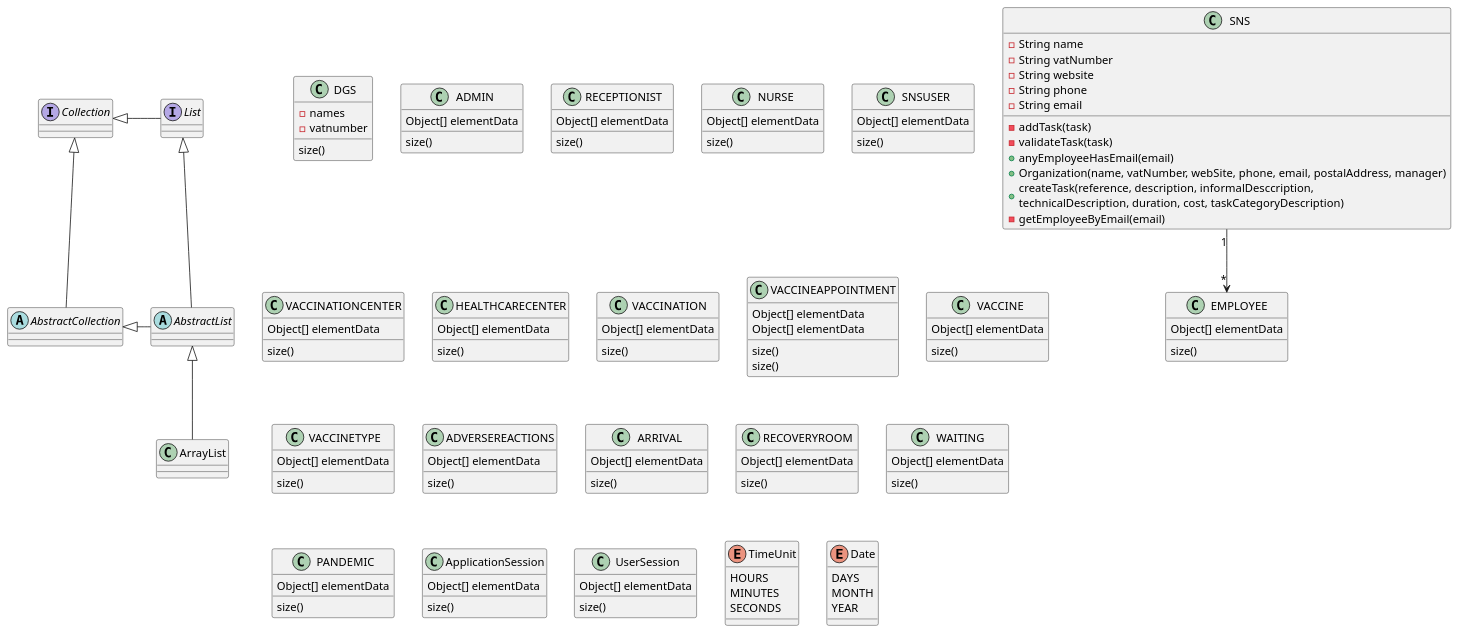
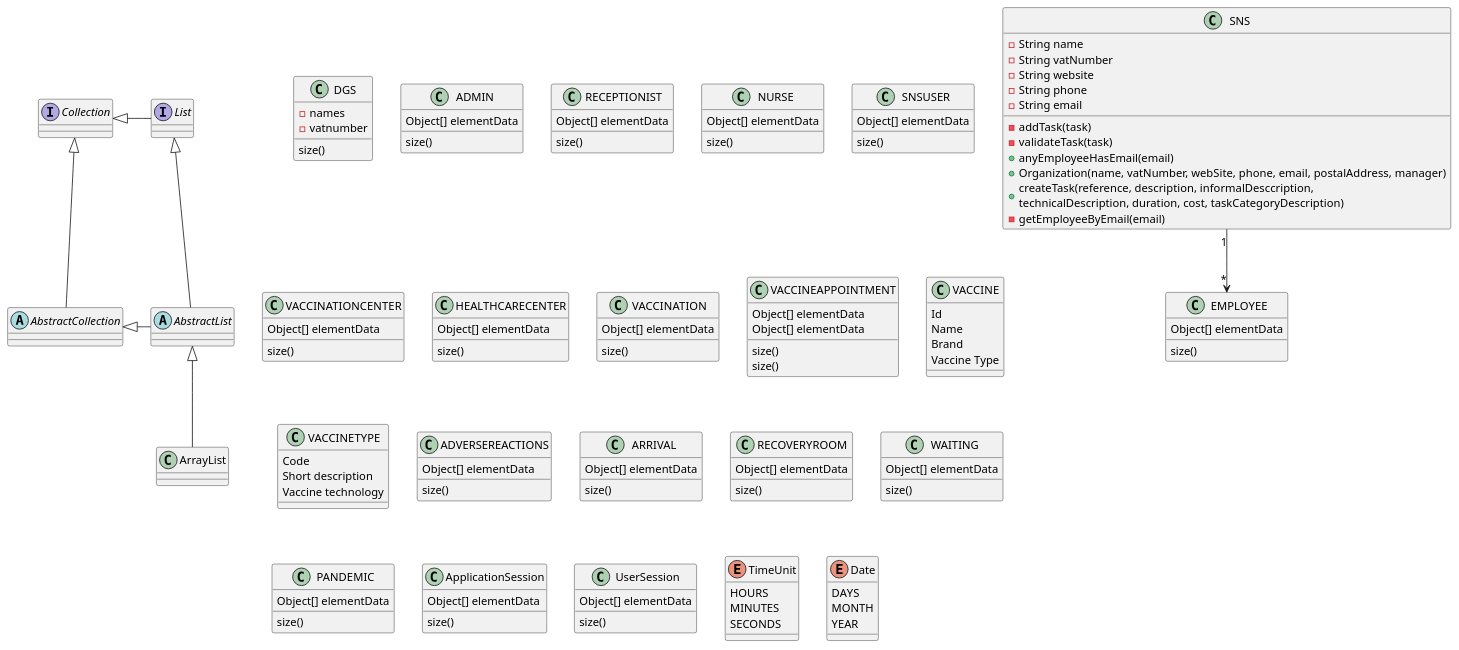
Before and after one commit to veracunha12/BaseDadosDomain: the diagram in src/main/puml/DomainBase/dados.puml, drawn with PlantUML.

Commit message:
pushy pushy

```diff
--- a/src/main/puml/DomainBase/dados.puml
+++ b/src/main/puml/DomainBase/dados.puml
@@ -1,132 +1,135 @@
 @startuml
 'https://plantuml.com/class-diagram
 
 abstract class AbstractList
 abstract AbstractCollection
 interface List
 interface Collection
 
 List <|-- AbstractList
 Collection <|-- AbstractCollection
 
 Collection <|- List
 AbstractCollection <|- AbstractList
 AbstractList <|-- ArrayList
 
 SNS "1" --> "*" EMPLOYEE
 
 
 
 
 
 
 class DGS {
     - names
     -vatnumber
      size()
 }
 
 class SNS {
   - String name
     - String vatNumber
     - String website
     - String phone
     - String email
 
     - addTask(task)
     - validateTask(task)
     + anyEmployeeHasEmail(email)
     + Organization(name, vatNumber, webSite, phone, email, postalAddress, manager)
     + createTask(reference, description, informalDesccription,\ntechnicalDescription, duration, cost, taskCategoryDescription)
     - getEmployeeByEmail(email)
 
 }
 class EMPLOYEE {
 Object[] elementData
 size()
 }
 class ADMIN {
 Object[] elementData
 size()
 }
 class RECEPTIONIST {
 Object[] elementData
 size()
 }
 class NURSE {
 Object[] elementData
 size()
 }
 class SNSUSER {
 Object[] elementData
 size()
 }
 class VACCINATIONCENTER {
 Object[] elementData
 size()
 }
 class HEALTHCARECENTER {
 Object[] elementData
 size()
 }
 class VACCINATION {
 Object[] elementData
 size()
 }
 class VACCINEAPPOINTMENT {
 Object[] elementData
 size()
 }
 class VACCINE {
-Object[] elementData
-size()
+Id
+Name
+Brand
+Vaccine Type
 }
 class VACCINETYPE{
-Object[] elementData
-size()
+ Code
+ Short description
+ Vaccine technology
 }
 class VACCINEAPPOINTMENT {
 Object[] elementData
 size()
 }
 class ADVERSEREACTIONS {
 Object[] elementData
 size()
 }
 class ARRIVAL{
 Object[] elementData
 size()
 }
 class RECOVERYROOM{
 Object[] elementData
 size()
 }
 class WAITING {
 Object[] elementData
 size()
 }
 class PANDEMIC {
 Object[] elementData
 size()
 }
 class ApplicationSession{
 Object[] elementData
 size()
 }
 class UserSession {
 Object[] elementData
 size()
 }
 enum TimeUnit {
 HOURS
 MINUTES
 SECONDS
 }
 
 enum Date {
 DAYS
 MONTH
 YEAR
 }
 
 @enduml
```
